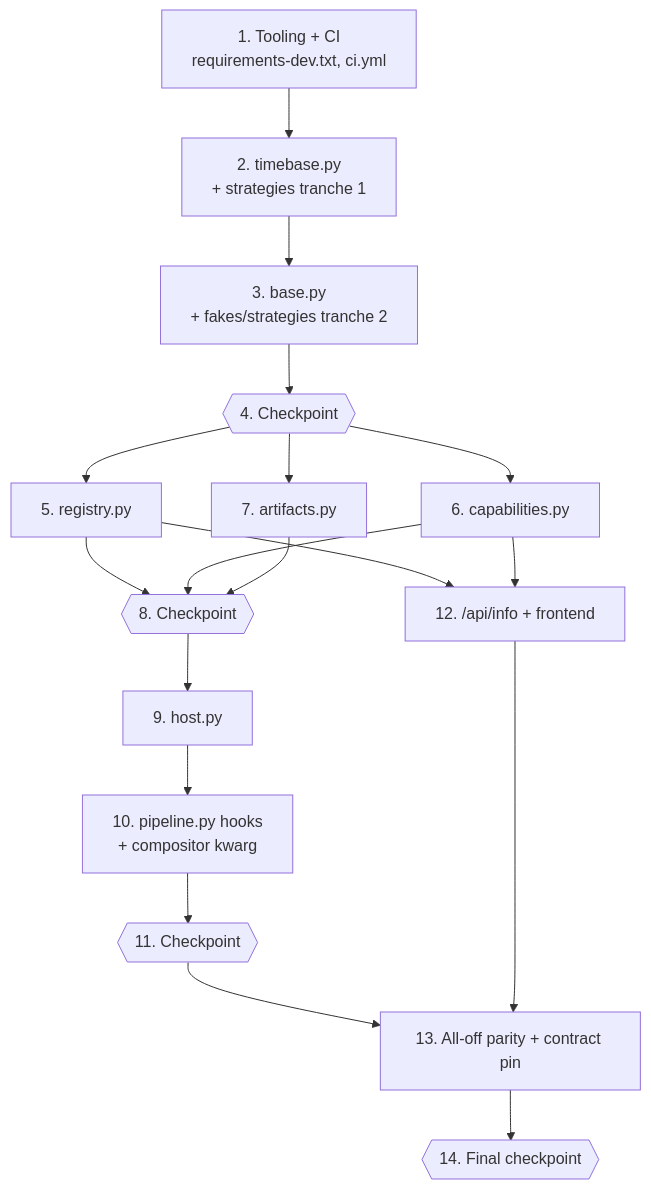
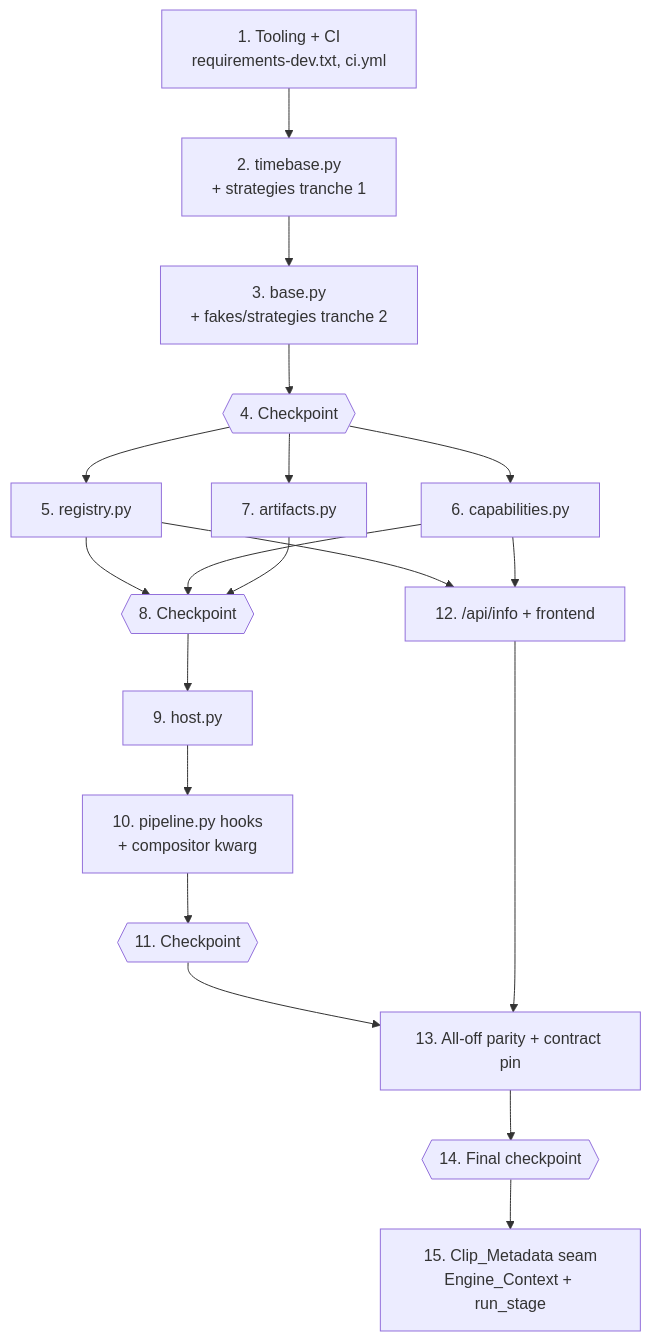
One commit to skullmanhell1/Clipping-Tool changed the diagram in .kiro/specs/av-engines-foundation/tasks.md. Above: the diagram before and after it, drawn with Mermaid. The commit also changed other lines of this file and 4 other files, not shown here.

Commit message:
docs(specs): add the Clip_Metadata seam and fix caption ownership gaps

````diff
--- a/.kiro/specs/av-engines-foundation/tasks.md
+++ b/.kiro/specs/av-engines-foundation/tasks.md
@@ -373,31 +404,33 @@
 ```mermaid
 flowchart TD
     T1["1. Tooling + CI<br/>requirements-dev.txt, ci.yml"]
     T2["2. timebase.py<br/>+ strategies tranche 1"]
     T3["3. base.py<br/>+ fakes/strategies tranche 2"]
     CP1{{"4. Checkpoint"}}
     T5["5. registry.py"]
     T6["6. capabilities.py"]
     T7["7. artifacts.py"]
     CP2{{"8. Checkpoint"}}
     T9["9. host.py"]
     T10["10. pipeline.py hooks<br/>+ compositor kwarg"]
     CP3{{"11. Checkpoint"}}
     T12["12. /api/info + frontend"]
     T13["13. All-off parity + contract pin"]
     CP4{{"14. Final checkpoint"}}
+    T15["15. Clip_Metadata seam<br/>Engine_Context + run_stage"]
 
     T1 --> T2 --> T3 --> CP1
     CP1 --> T5
     CP1 --> T6
     CP1 --> T7
     T5 --> CP2
     T6 --> CP2
     T7 --> CP2
     CP2 --> T9 --> T10 --> CP3
     T5 --> T12
     T6 --> T12
     CP3 --> T13
     T12 --> T13
     T13 --> CP4
+    CP4 --> T15
 ```
````
